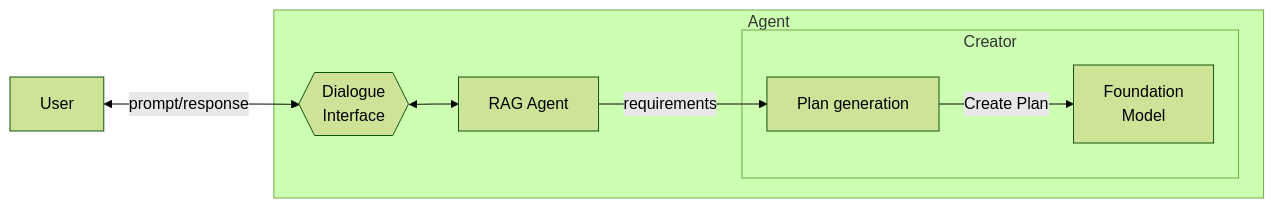
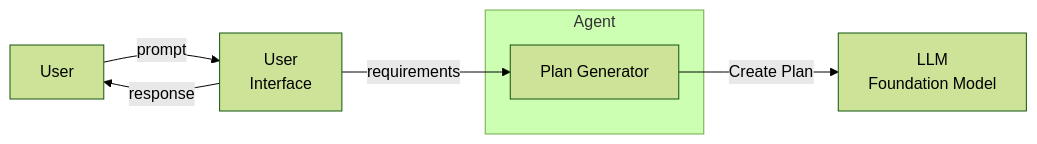
One commit to yanjustino/AgentPatternCatalogue changed the diagram in doc/OneShotModelQueryng.md. Above: the diagram before and after it, drawn with Mermaid (forest theme). The commit also changed other lines of this file and 28 other files, not shown here.

````diff
--- a/doc/OneShotModelQueryng.md
+++ b/doc/OneShotModelQueryng.md
@@ -6,14 +6,10 @@
 ```mermaid
 flowchart LR
-    U[User] <-->|prompt/response| Dlg{{ Dialogue <br>Interface }}
-    PG[Plan generation]
-
-    subgraph AGENT [Agent]
-        subgraph CREATOR [Creator]
-            PG --> |Create Plan| LLMa[Foundation <br>Model]
-        end
-
-        Dlg <--> RAG[RAG Agent]
-        RAG -->|requirements| PG
+    U[User] -->|prompt| Dlg[User <br> Interface]
+    Dlg -->|response| U
+    subgraph Agent
+        PG[Plan Generator]
     end
+    PG --> |Create Plan| LLMa[LLM <br>Foundation Model]
+    Dlg -->|requirements| PG
 ```
````
